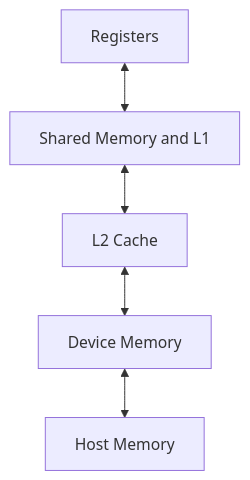
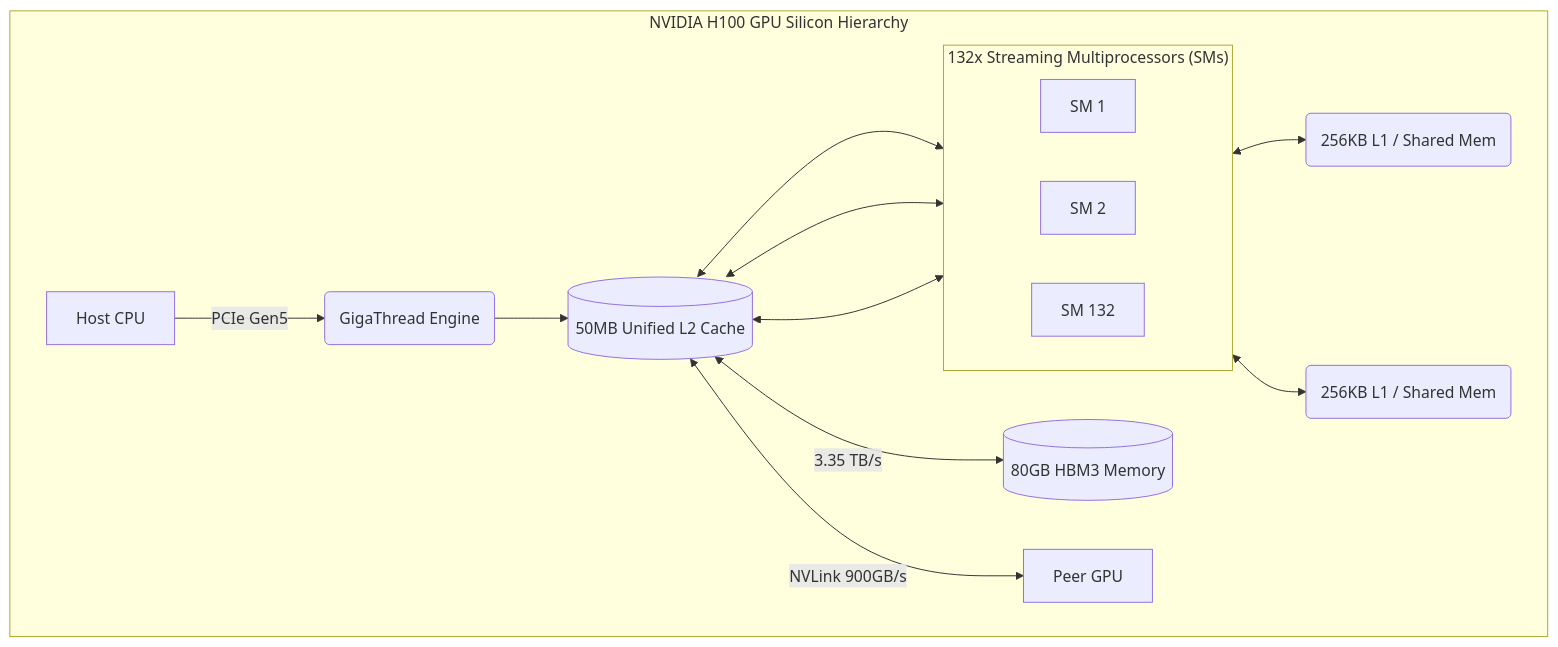
One commit to jithinpnjm/nvidia-devops changed the diagram in docs/nvidia-zero-to-hero/volume-02/chapter-02-inside-a-modern-nvidia-gpu.md. Above: the diagram before and after it, drawn with Mermaid. The commit also changed other lines of this file and 2 other files, not shown here.

Commit message:
feat(docs): drastically upgrade Volume 2 Chapters 1-3 to Senior Architect level while preserving exact file structure

````diff
--- a/docs/nvidia-zero-to-hero/volume-02/chapter-02-inside-a-modern-nvidia-gpu.md
+++ b/docs/nvidia-zero-to-hero/volume-02/chapter-02-inside-a-modern-nvidia-gpu.md
@@ -181,10 +62,24 @@
 ```mermaid
 flowchart TD
-    Registers[Registers]
-    Shared[Shared Memory and L1]
-    L2[L2 Cache]
-    HBM[Device Memory]
-    Host[Host Memory]
-
-    Registers <--> Shared <--> L2 <--> HBM <--> Host
+    subgraph "NVIDIA H100 GPU Silicon Hierarchy"
+        Host[Host CPU] -->|PCIe Gen5| GTE(GigaThread Engine)
+        GTE --> L2[(50MB Unified L2 Cache)]
+        
+        subgraph "132x Streaming Multiprocessors (SMs)"
+            direction LR
+            SM1[SM 1]
+            SM2[SM 2]
+            SM_N[SM 132]
+        end
+        
+        L2 <--> SM1
+        L2 <--> SM2
+        L2 <--> SM_N
+        
+        SM1 <--> L1_1(256KB L1 / Shared Mem)
+        SM2 <--> L1_2(256KB L1 / Shared Mem)
+        
+        L2 <-->|3.35 TB/s| HBM[(80GB HBM3 Memory)]
+        L2 <-->|NVLink 900GB/s| Peer[Peer GPU]
+    end
 ```
````
